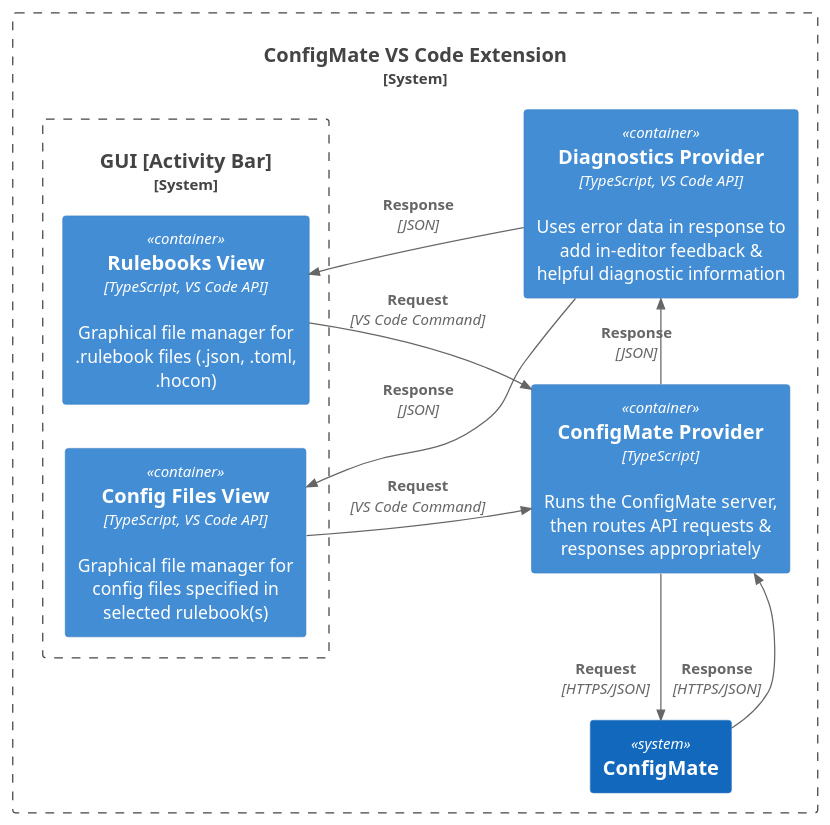
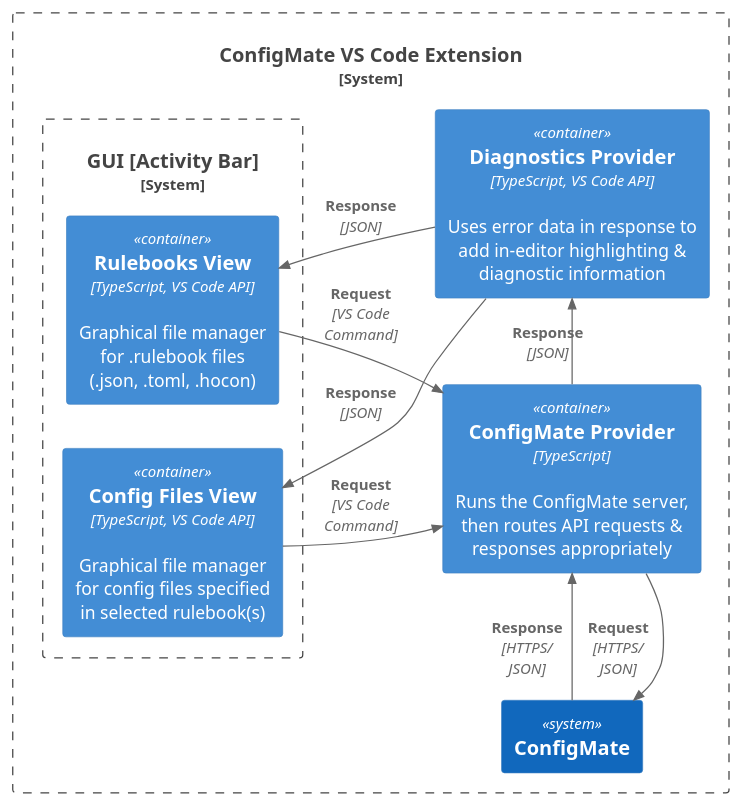
Before and after one commit to ConfigMate/configmate-gui: the diagram in diagrams/src/frontend.plantuml, drawn with PlantUML. The commit also changed 4 other files, not shown here.

Commit message:
diagrams update & cleanup

```diff
--- a/diagrams/src/frontend.plantuml
+++ b/diagrams/src/frontend.plantuml
@@ -1,27 +1,27 @@
 @startuml c4
 !include  https://raw.githubusercontent.com/plantuml-stdlib/C4-PlantUML/master/C4_Container.puml
 
 LAYOUT_LANDSCAPE()
 
 ' Person(user, "User", "Uses ConfigMate to manage config files")
 
 System_Boundary(extension, "ConfigMate VS Code Extension") {
 	System_Boundary(gui, "GUI [Activity Bar]") {
-		Container(rulebooks, "Rulebooks View", "TypeScript, VS Code API", "Graphical file manager for .rulebook files (.json, .toml, .hocon)")
-		Container(configFiles, "Config Files View", "TypeScript, VS Code API", "Graphical file manager for config files specified in selected rulebook(s)")
+		Container(rulebooks, "Rulebooks View", "TypeScript, VS Code API", "Graphical file manager\nfor .rulebook files\n(.json, .toml, .hocon)")
+		Container(configFiles, "Config Files View", "TypeScript, VS Code API", "Graphical file manager\nfor config files specified\nin selected rulebook(s)")
 	}
 	Container(configmateProvider, "ConfigMate Provider", "TypeScript", "Runs the ConfigMate server, then routes API requests & responses appropriately")
-	Container(diagnosticsProvider, "Diagnostics Provider", "TypeScript, VS Code API", "Uses error data in response to add in-editor feedback & helpful diagnostic information")
+	Container(diagnosticsProvider, "Diagnostics Provider", "TypeScript, VS Code API", "Uses error data in response to add in-editor highlighting & diagnostic information")
 	System(configmate, "ConfigMate")
 }
-Rel_U(configmateProvider, configmate, "\n\n\nRequest", "HTTPS/JSON")
-Rel_D(configmate, configmateProvider, "\n\n\nResponse", "HTTPS/JSON")
+Rel_U(configmateProvider, configmate, "\nRequest", "HTTPS/\nJSON")
+Rel_D(configmate, configmateProvider, "\nResponse", "HTTPS/\nJSON")
 Rel_U(configmateProvider, diagnosticsProvider, "Response", "JSON")
 
-Rel_R(rulebooks, configmateProvider, "Request", "VS Code Command")
-Rel_R(configFiles, configmateProvider, "Request", "VS Code Command")
+Rel_R(rulebooks, configmateProvider, "Request", "VS Code\nCommand")
+Rel_R(configFiles, configmateProvider, "Request", "VS Code\nCommand")
 Rel_L(diagnosticsProvider, rulebooks, "Response", "JSON")
 Rel_L(diagnosticsProvider, configFiles, "Response", "JSON")
 
 ' SHOW_FLOATING_LEGEND()
 @enduml
```
